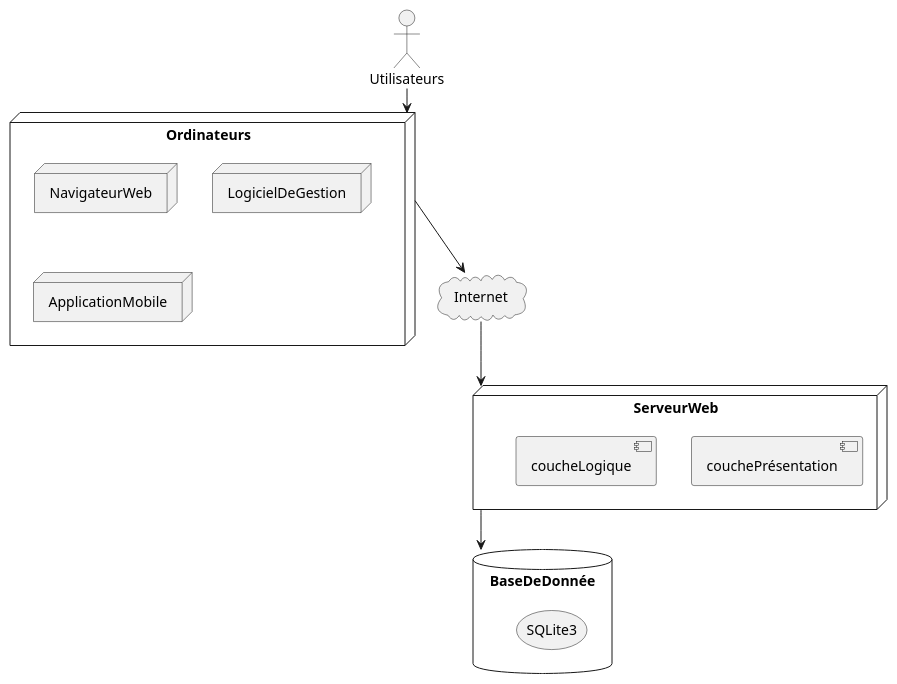
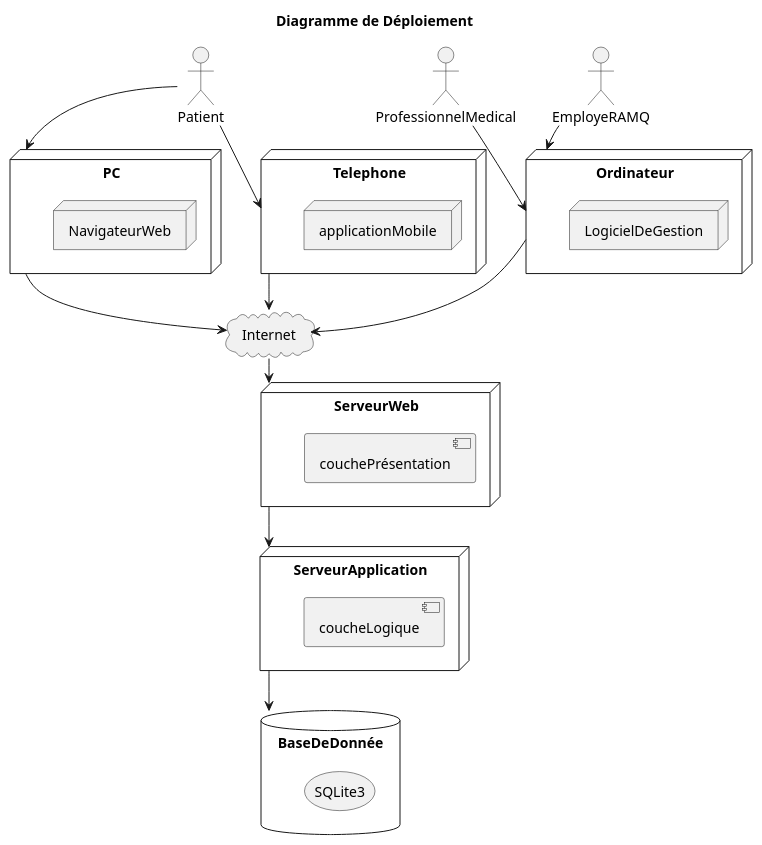
One commit to vbrayuqam/projet-genielog changed the diagram in diagrammeDeploiement.puml. Above: the diagram before and after it, drawn with PlantUML. The commit also changed 2 other files, not shown here.

Commit message:
les puml employeRAMQ et le diagramme de déploiement

```diff
--- a/diagrammeDeploiement.puml
+++ b/diagrammeDeploiement.puml
@@ -1,23 +1,44 @@
 @startuml diagrammeDeploiement
 
-actor Utilisateurs
+Title Diagramme de Déploiement
+
+actor Patient 
+actor ProfessionnelMedical
+actor EmployeRAMQ
 cloud Internet
-node Ordinateurs {
+node Ordinateur {
+    node LogicielDeGestion
+}
+
+node PC {
     node NavigateurWeb
-    node LogicielDeGestion
-    node ApplicationMobile
 }
+
+node Telephone {
+    node applicationMobile
+}
+
 node ServeurWeb {
     component couchePrésentation
+}
+
+node ServeurApplication {
     component coucheLogique
 }
+
 database BaseDeDonnée {
     storage SQLite3
 }
 
-Utilisateurs --> Ordinateurs
-Ordinateurs --> Internet
+Patient --> PC
+Patient --> Telephone
+ProfessionnelMedical --> Ordinateur
+EmployeRAMQ --> Ordinateur
+Ordinateur --> Internet
+PC --> Internet
+Telephone --> Internet
 Internet --> ServeurWeb
-ServeurWeb --> BaseDeDonnée
+ServeurWeb --> ServeurApplication
+ServeurApplication --> BaseDeDonnée
 
 @enduml
```
